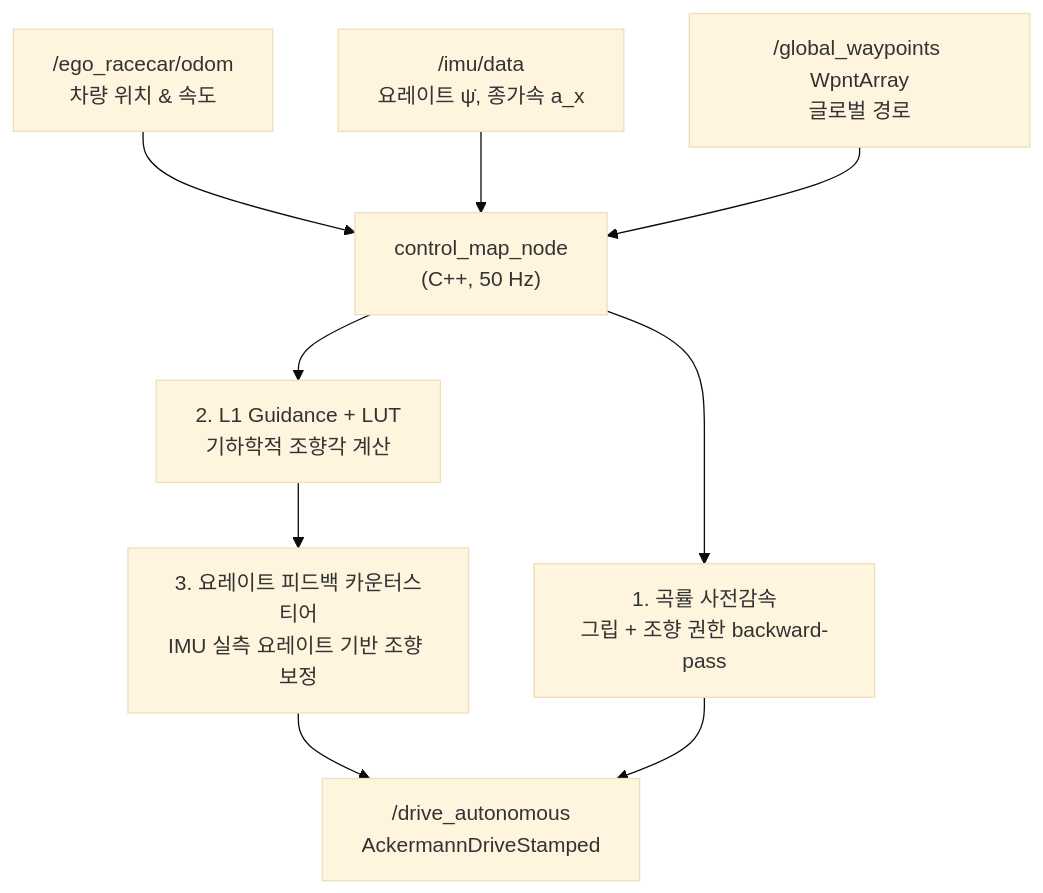
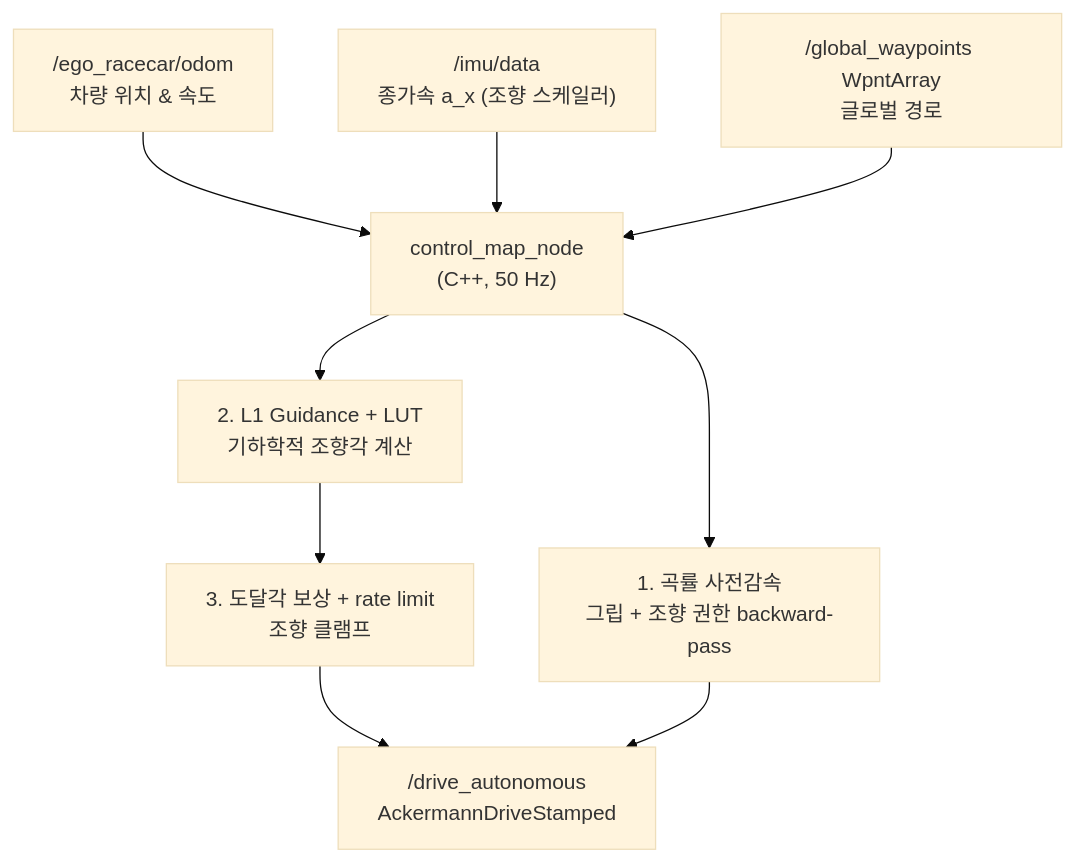
The diagram in CLAUDE.md (tenmeneat/F1-tenth_control), drawn with Mermaid (base theme) before and after one commit. The commit also changed other lines of this file and 8 other files, not shown here.

````diff
--- a/CLAUDE.md
+++ b/CLAUDE.md
@@ -180,25 +177,25 @@
 ```mermaid
 graph TD
     SubOdom["/ego_racecar/odom<br>차량 위치 & 속도"]
-    SubIMU["/imu/data<br>요레이트 ψ̇, 종가속 a_x"]
+    SubIMU["/imu/data<br>종가속 a_x (조향 스케일러)"]
     Waypoints["/global_waypoints WpntArray<br>글로벌 경로"]
 
     Controller["control_map_node<br>(C++, 50 Hz)"]
 
     SubPrebrake["1. 곡률 사전감속<br>그립 + 조향 권한 backward-pass"]
     SubL1["2. L1 Guidance + LUT<br>기하학적 조향각 계산"]
-    SubYawRate["3. 요레이트 피드백 카운터스티어<br>IMU 실측 요레이트 기반 조향 보정"]
+    SubYawRate["3. 도달각 보상 + rate limit<br>조향 클램프"]
 
     PubDrive["/drive_autonomous<br>AckermannDriveStamped"]
 
     SubOdom --> Controller
     SubIMU --> Controller
     Waypoints --> Controller
 
     Controller --> SubPrebrake
     Controller --> SubL1
 
     SubL1 --> SubYawRate
     SubYawRate --> PubDrive
     SubPrebrake --> PubDrive
 ```
````
